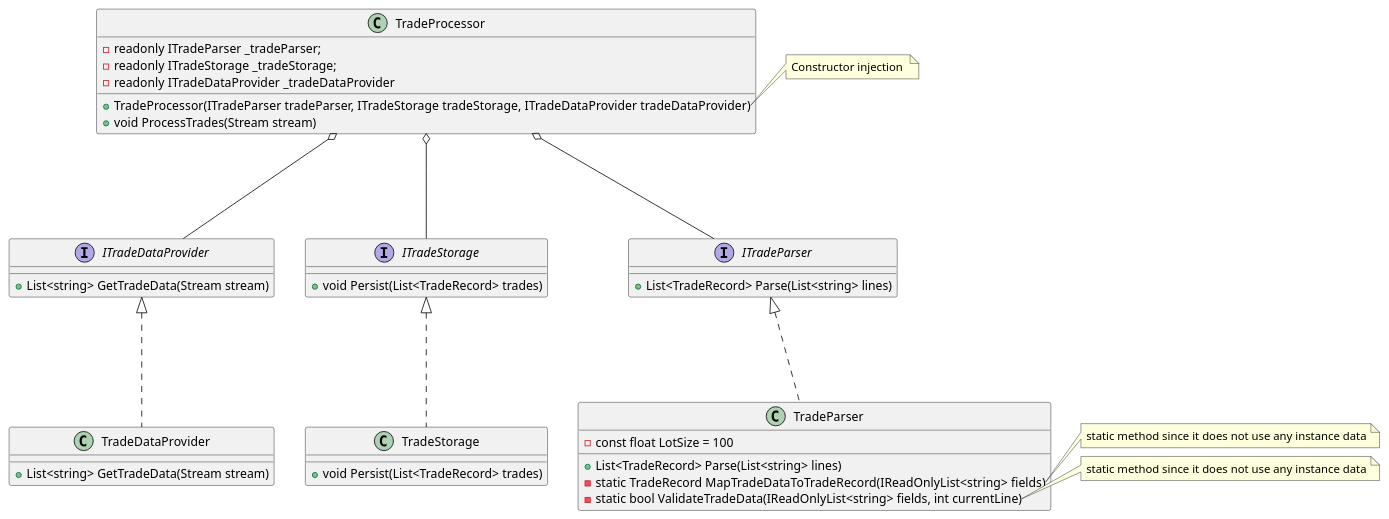
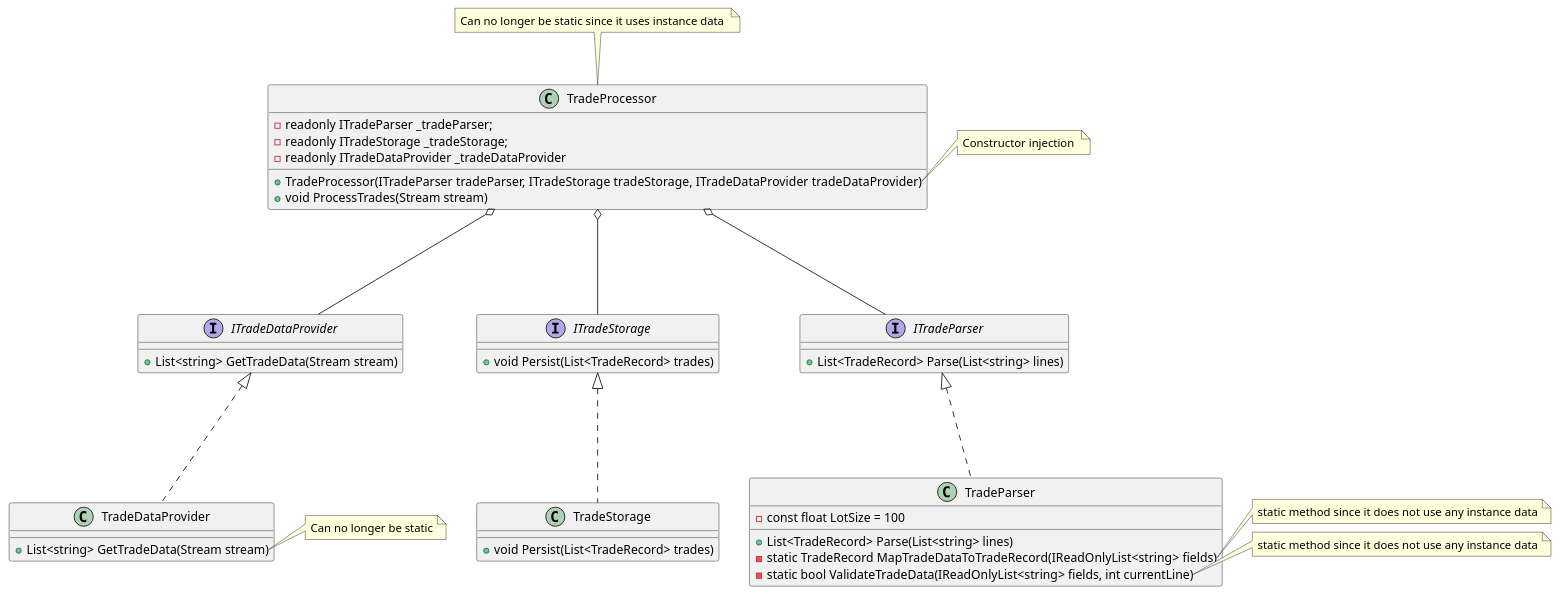
The diagram in solid-project-1/solid-project-1.puml (Shane-Wilson-class/solid-project-1), drawn with PlantUML before and after one commit. The commit also changed 1 other file, not shown here.

```diff
--- a/solid-project-1/solid-project-1.puml
+++ b/solid-project-1/solid-project-1.puml
@@ -1,62 +1,67 @@
 @startuml
 
 interface ITradeDataProvider{
 + List<string> GetTradeData(Stream stream)
 }
 interface ITradeParser
 {
  + List<TradeRecord> Parse(List<string> lines)
 }
 interface ITradeStorage
 {
   + void Persist(List<TradeRecord> trades)
 }
 
 class TradeStorage {
 + void Persist(List<TradeRecord> trades)
 }
 
 class TradeDataProvider {
 + List<string> GetTradeData(Stream stream)
 }
 class TradeParser {
 - const float LotSize = 100
 + List<TradeRecord> Parse(List<string> lines)
 - static TradeRecord MapTradeDataToTradeRecord(IReadOnlyList<string> fields)
 - static bool ValidateTradeData(IReadOnlyList<string> fields, int currentLine)
 }
 
 note right of TradeParser::MapTradeDataToTradeRecord
 static method since it does not use any instance data
 end note
 note right of TradeParser::ValidateTradeData
 static method since it does not use any instance data
 end note
 
 
 class TradeProcessor {
  - readonly ITradeParser _tradeParser;
  - readonly ITradeStorage _tradeStorage;
  - readonly ITradeDataProvider _tradeDataProvider
  + TradeProcessor(ITradeParser tradeParser, ITradeStorage tradeStorage, ITradeDataProvider tradeDataProvider)
  + void ProcessTrades(Stream stream)
 }
 
+note top of TradeProcessor
+    Can no longer be static since it uses instance data 
+end note
 note right of TradeProcessor::TradeProcessor
     Constructor injection 
 end note
 
 TradeProcessor o---ITradeParser
 TradeProcessor o---ITradeDataProvider
 TradeProcessor o---ITradeStorage
 
 TradeParser ...up|> ITradeParser
 TradeStorage ...up|> ITradeStorage
 TradeDataProvider ...up|> ITradeDataProvider
 
-
+note right of TradeDataProvider::GetTradeData
+    Can no longer be static
+end note
 
 
 
 
 @enduml
```
